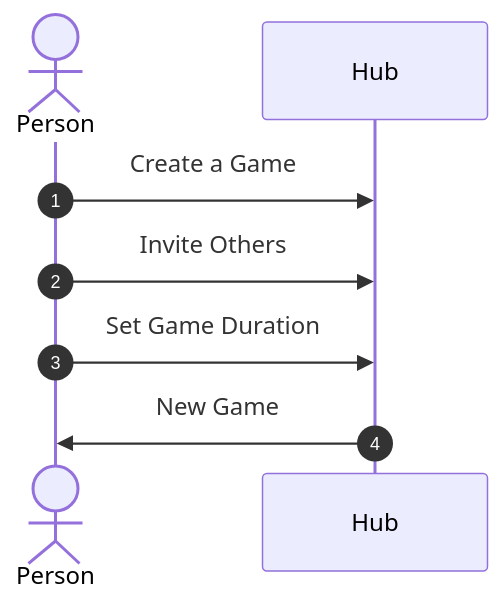
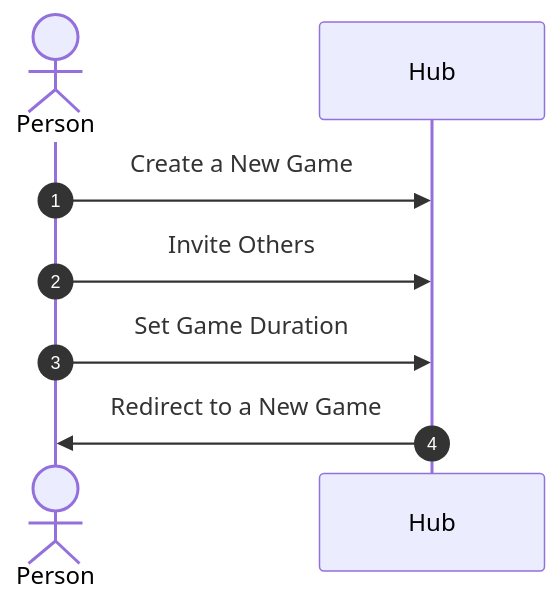
The third of 3 diagrams in topics/documentation/drps/docs/README.md (czrpb/Mentoring), drawn with Mermaid before and after one commit. The commit also changed other lines of this file, not shown here.

````diff
--- a/topics/documentation/drps/docs/README.md
+++ b/topics/documentation/drps/docs/README.md
@@ -120,10 +133,10 @@
 ```mermaid
 sequenceDiagram
   autonumber
   actor Person
   
-  Person->>Hub: Create a Game
+  Person->>Hub: Create a New Game
   Person->>Hub: Invite Others
   Person->>Hub: Set Game Duration
-  Hub->>Person: New Game
+  Hub->>Person: Redirect to a New Game
 ```
````
